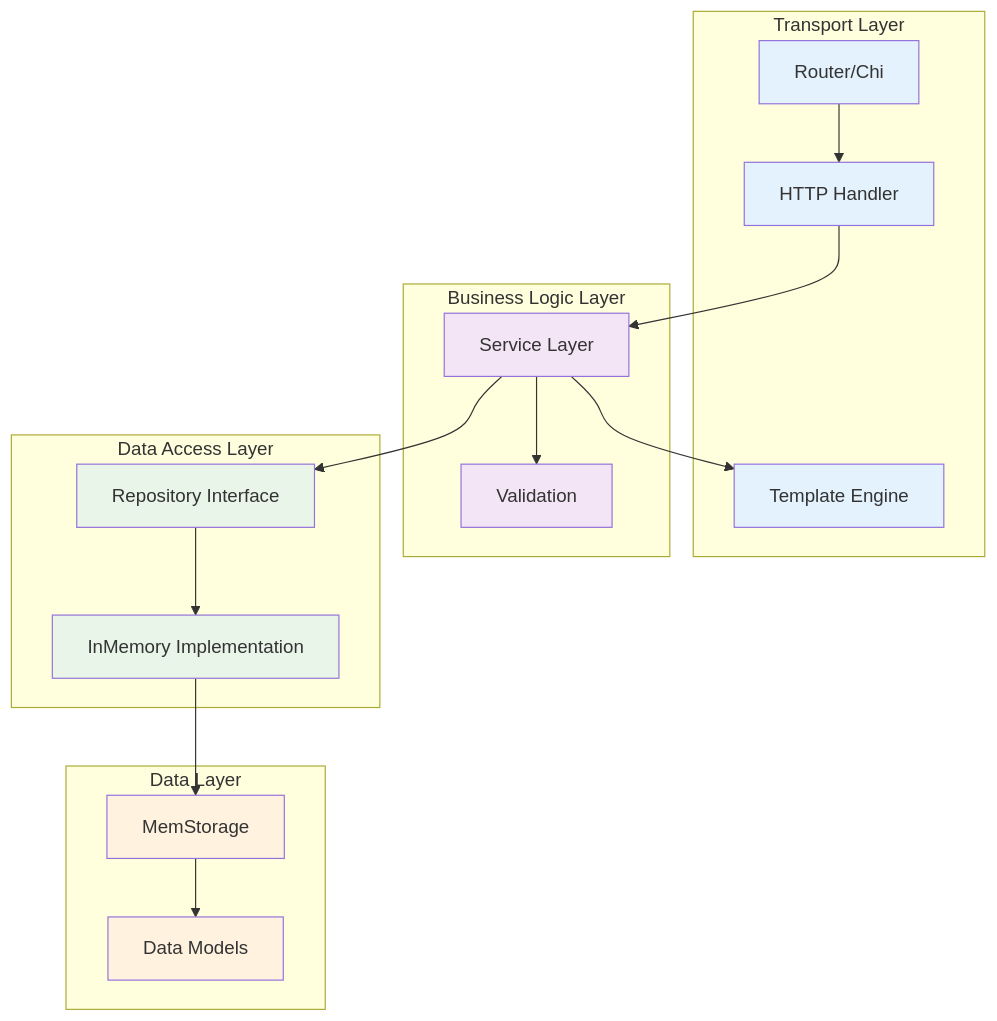
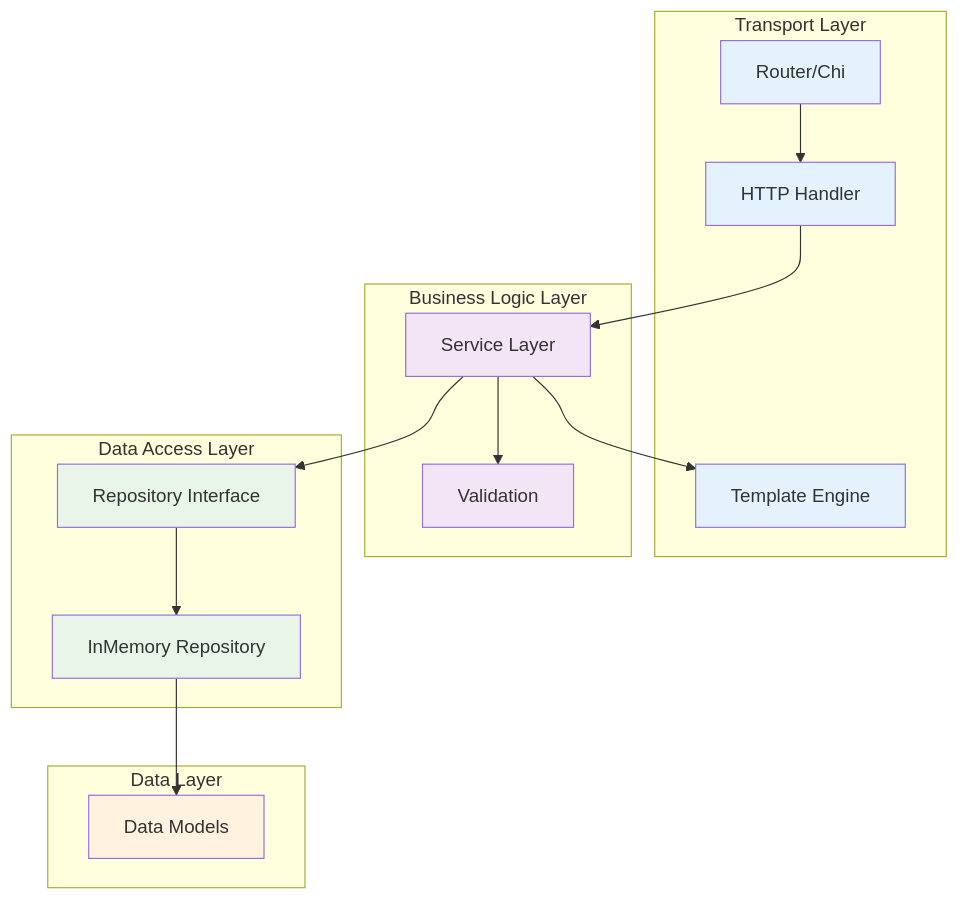
The first of 2 diagrams in cmd/server/README.md (IgorKilipenko/metrical), drawn with Mermaid before and after one commit. The commit also changed other lines of this file and 16 other files, not shown here.

````diff
--- a/cmd/server/README.md
+++ b/cmd/server/README.md
@@ -213,42 +200,39 @@
 ```mermaid
 graph TB
     subgraph "Transport Layer"
         H[HTTP Handler]
         R[Router/Chi]
         T[Template Engine]
     end
     
     subgraph "Business Logic Layer"
         S[Service Layer]
         VAL[Validation]
     end
     
     subgraph "Data Access Layer"
         REPO[Repository Interface]
-        IMPL[InMemory Implementation]
+        IMR[InMemory Repository]
     end
     
     subgraph "Data Layer"
-        STORAGE[MemStorage]
-        MODEL[Data Models]
+        MODELS[Data Models]
     end
     
     H --> S
     R --> H
     S --> REPO
-    REPO --> IMPL
-    IMPL --> STORAGE
+    REPO --> IMR
+    IMR --> MODELS
     S --> T
     S --> VAL
-    STORAGE --> MODEL
     
     style H fill:#e3f2fd
     style R fill:#e3f2fd
     style T fill:#e3f2fd
     style S fill:#f3e5f5
     style VAL fill:#f3e5f5
     style REPO fill:#e8f5e8
-    style IMPL fill:#e8f5e8
-    style STORAGE fill:#fff3e0
-    style MODEL fill:#fff3e0
+    style IMR fill:#e8f5e8
+    style MODELS fill:#fff3e0
 ```
````
